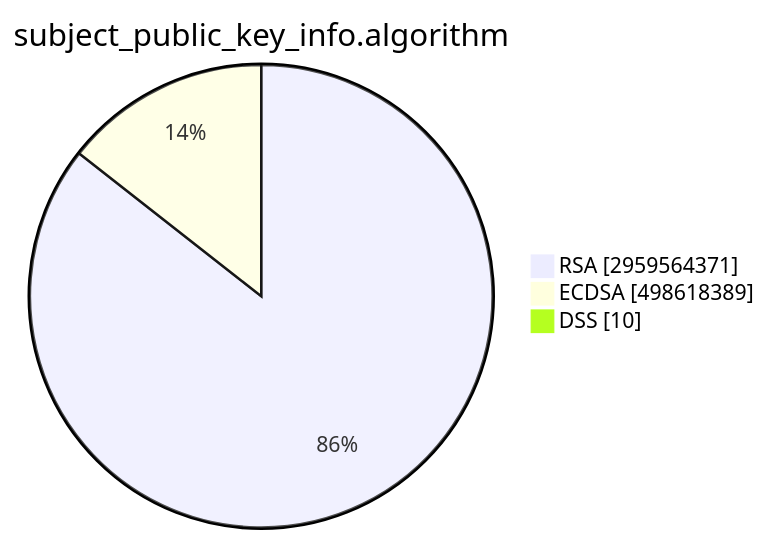
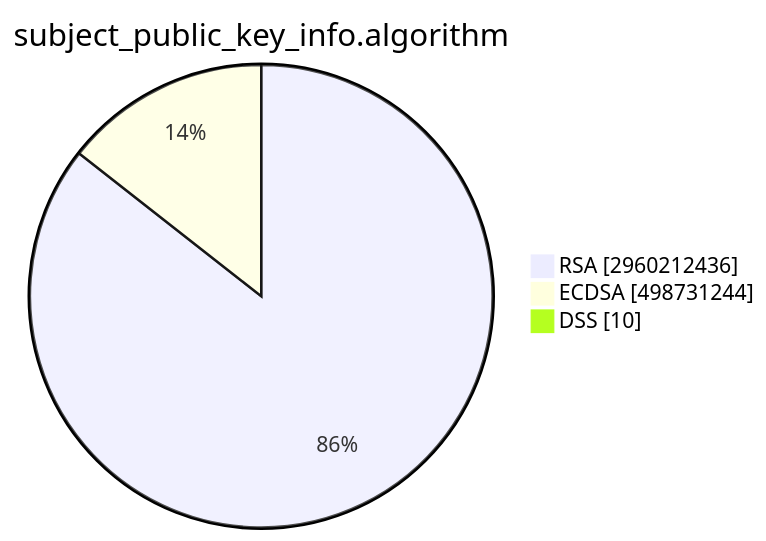
The second of 15 diagrams in TOTAL/README.md (christiankrug/ctmonitor_visualization), drawn with Mermaid before and after one commit. The commit also changed other lines of this file, not shown here.

````diff
--- a/TOTAL/README.md
+++ b/TOTAL/README.md
@@ -6,7 +6,7 @@
 ```mermaid
 pie showData
 title subject_public_key_info.algorithm
-"RSA" :2959564371
-"ECDSA" :498618389
+"RSA" :2960212436
+"ECDSA" :498731244
 "DSS" :10
 ```
````
